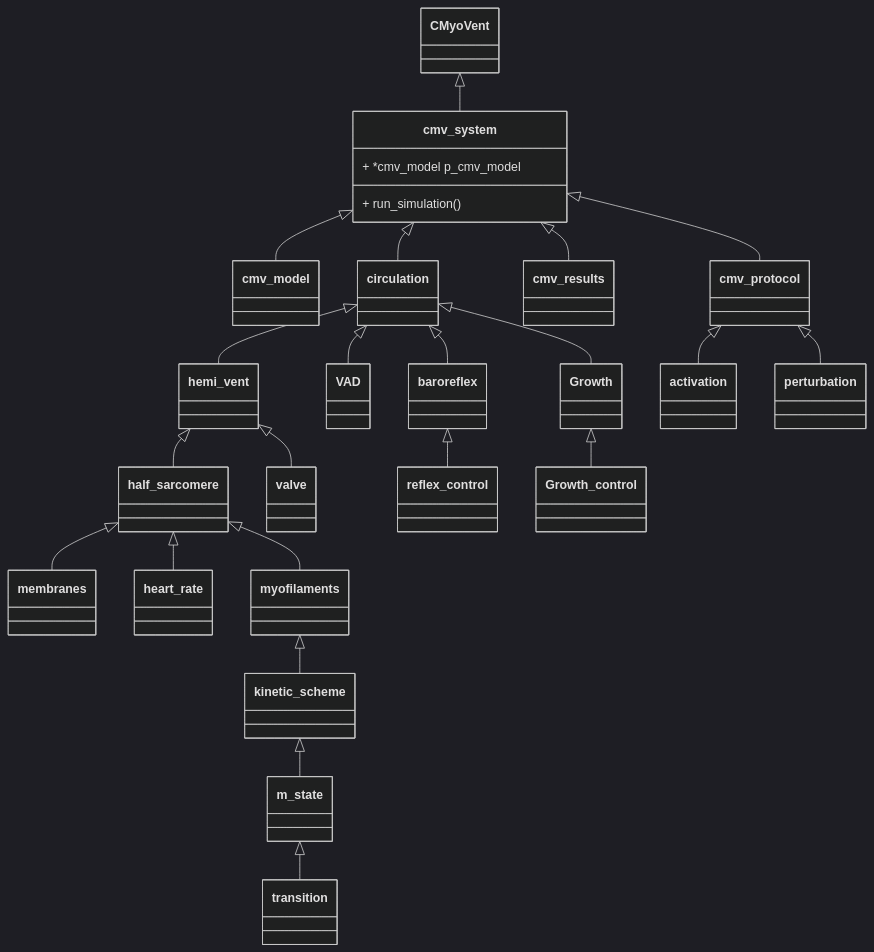
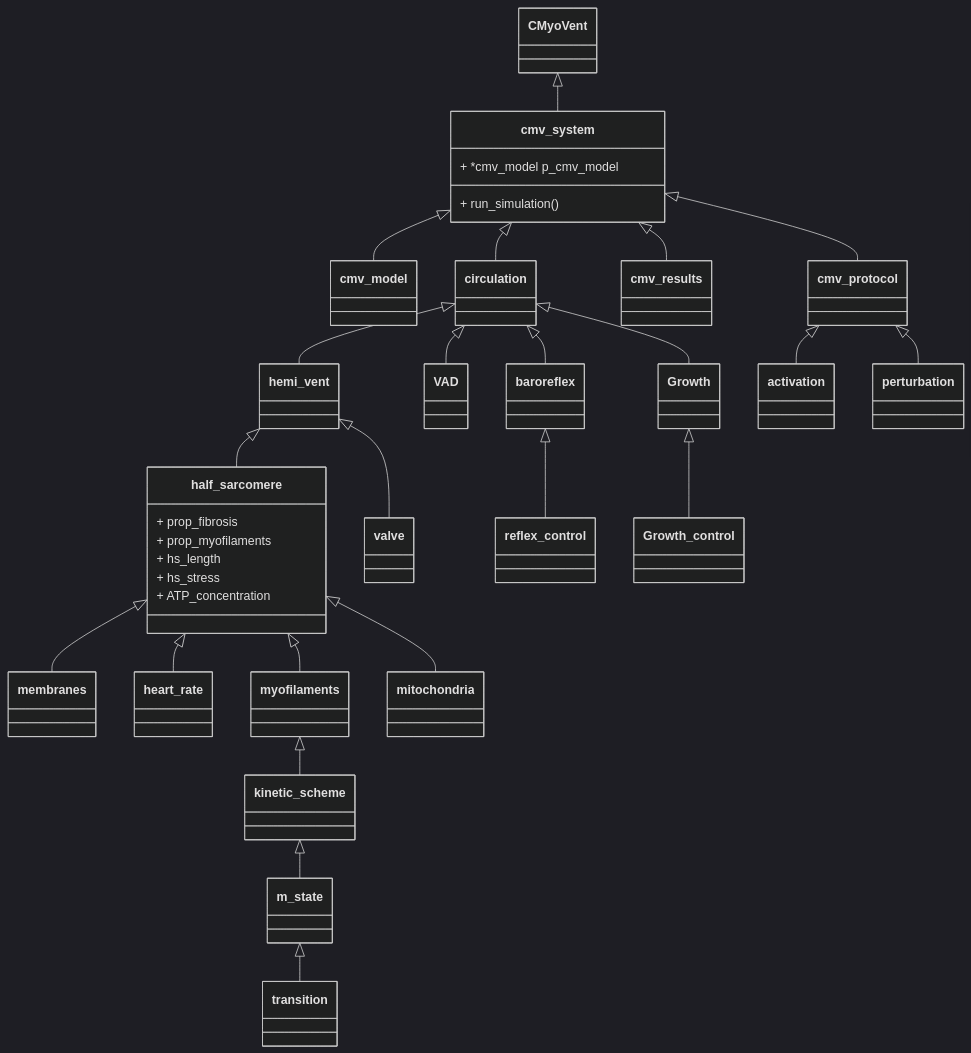
Before and after one commit to Campbell-Muscle-Lab/MyoVent: the diagram in README.md, drawn with Mermaid (dark theme). The commit also changed 24 other files, not shown here.

Commit message:
Tracking ATP concentration

`````diff
--- a/README.md
+++ b/README.md
@@ -3,30 +3,40 @@
 ````mermaid
 
 classDiagram
 
     CMyoVent <|-- cmv_system
     cmv_system <|-- cmv_model
     cmv_system <|-- cmv_protocol
     cmv_system <|-- cmv_results
     cmv_system <|-- circulation
     circulation <|-- hemi_vent
     circulation <|-- VAD
     circulation <|-- baroreflex
     circulation <|-- Growth
-        hemi_vent <|-- half_sarcomere
+    hemi_vent <|-- half_sarcomere
     hemi_vent <|-- valve
     half_sarcomere <|-- membranes
     half_sarcomere <|-- heart_rate
     half_sarcomere <|-- myofilaments
+    half_sarcomere <|-- mitochondria
     myofilaments <|--kinetic_scheme
     kinetic_scheme <|-- m_state
     m_state <|-- transition
     baroreflex <|-- reflex_control
     Growth <|-- Growth_control
     cmv_protocol <|-- activation
     cmv_protocol <|-- perturbation
     
     cmv_system: + *cmv_model p_cmv_model
     cmv_system: + run_simulation()
 
+    half_sarcomere: + prop_fibrosis
+    half_sarcomere: + prop_myofilaments
+    half_sarcomere: + hs_length
+    half_sarcomere: + hs_stress
+    half_sarcomere: + ATP_concentration
+
+
+
+
 ````
`````
